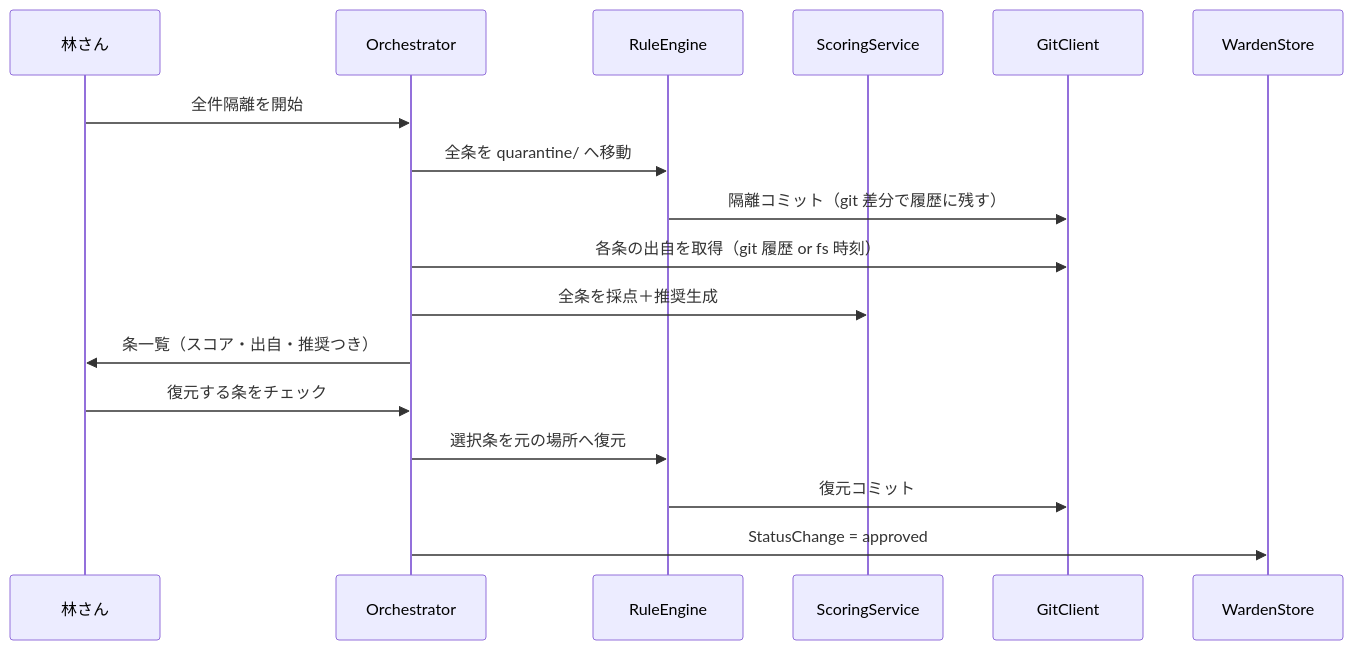
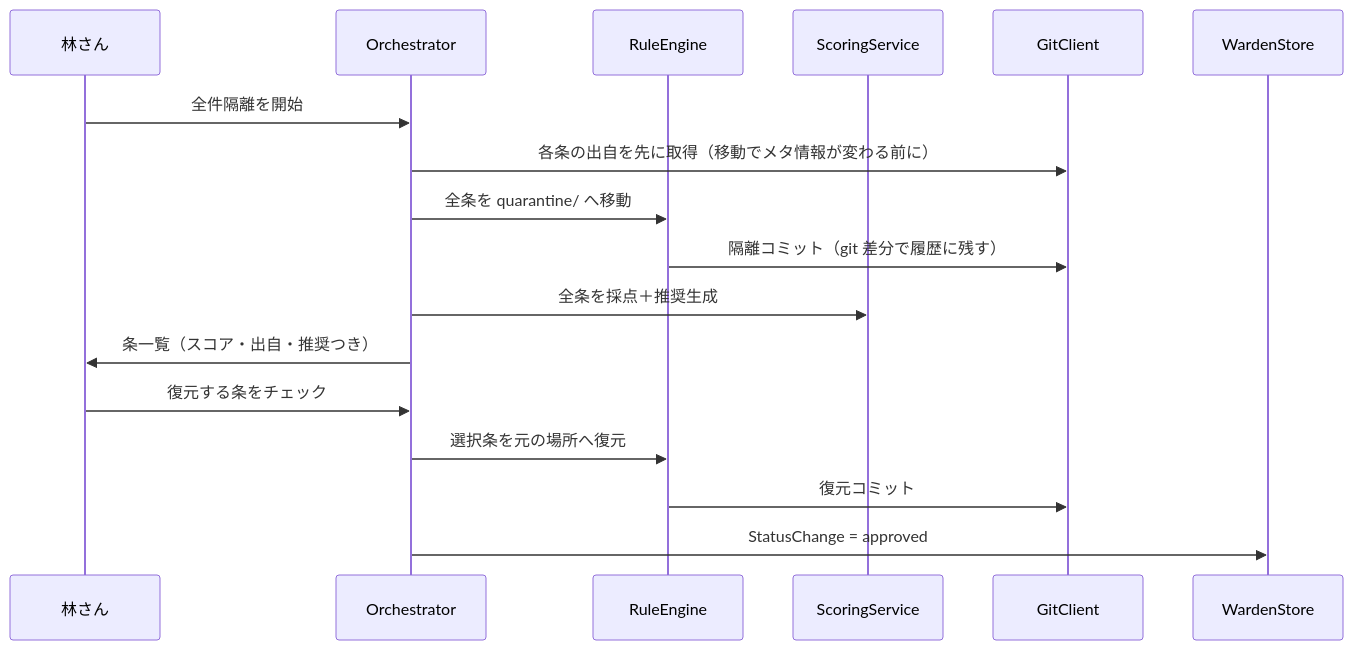
Before and after one commit to khayashi4337/rule-warden: the fourth of 6 diagrams in docs/adr/0002.5-domain-model.md, drawn with Mermaid. The commit also changed other lines of this file, not shown here.

````diff
--- a/docs/adr/0002.5-domain-model.md
+++ b/docs/adr/0002.5-domain-model.md
@@ -208,20 +224,20 @@
 ```mermaid
 sequenceDiagram
     participant H as 林さん
     participant O as Orchestrator
     participant RE as RuleEngine
     participant SC as ScoringService
     participant GC as GitClient
     participant DB as WardenStore
 
     H->>O: 全件隔離を開始
+    O->>GC: 各条の出自を先に取得（移動でメタ情報が変わる前に）
     O->>RE: 全条を quarantine/ へ移動
     RE->>GC: 隔離コミット（git 差分で履歴に残す）
-    O->>GC: 各条の出自を取得（git 履歴 or fs 時刻）
     O->>SC: 全条を採点＋推奨生成
     O->>H: 条一覧（スコア・出自・推奨つき）
     H->>O: 復元する条をチェック
     O->>RE: 選択条を元の場所へ復元
     RE->>GC: 復元コミット
     O->>DB: StatusChange = approved
 ```
````
